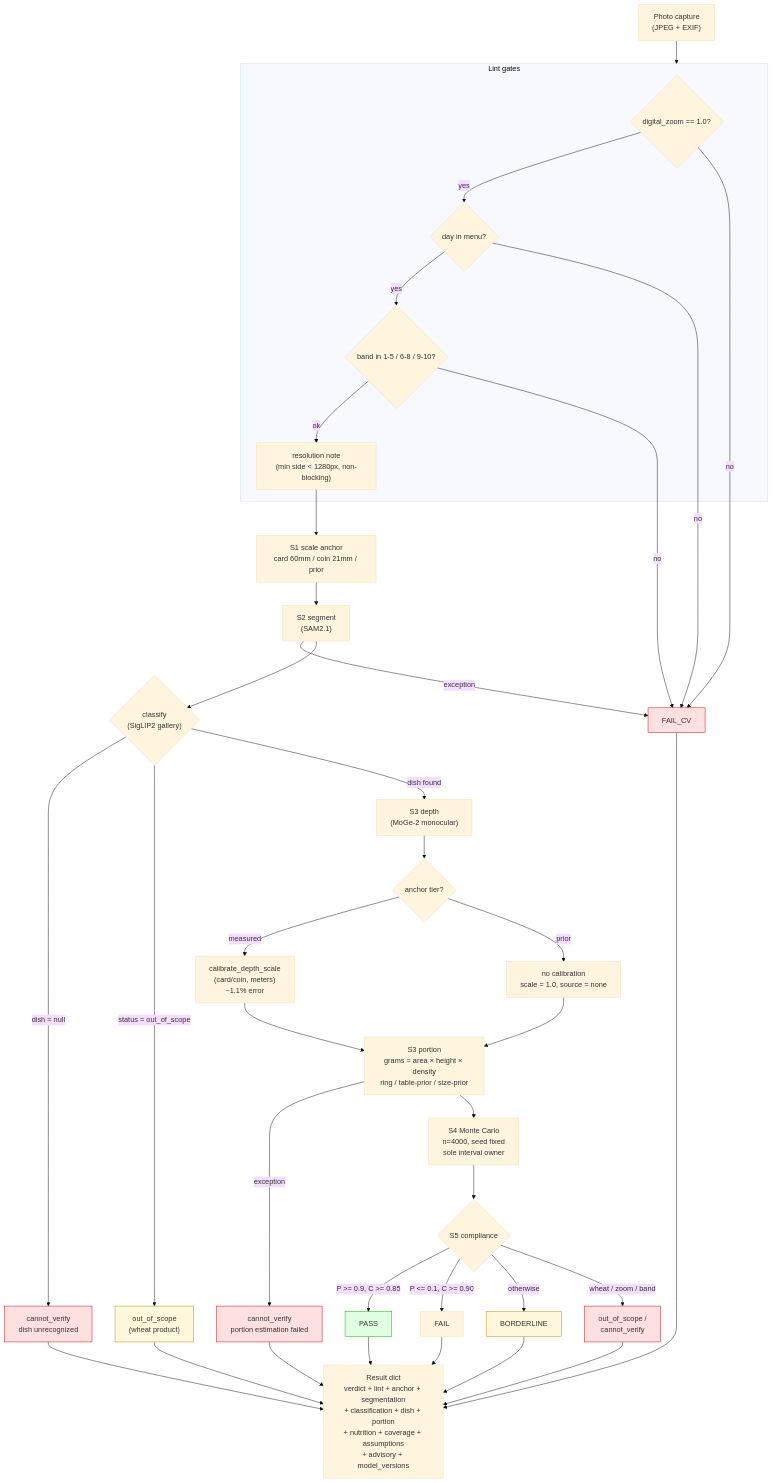
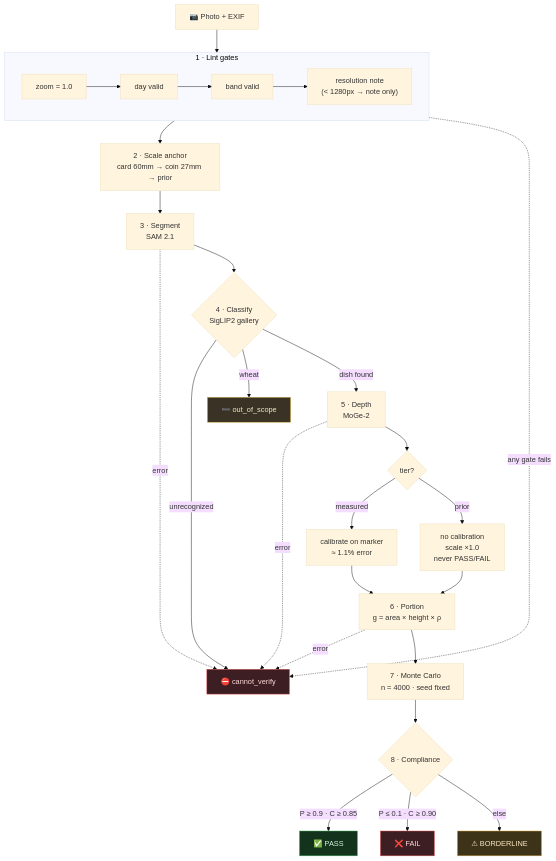
The diagram in docs/pipeline-test-report.md (Lion4467cat/NutriSense), drawn with Mermaid (base theme) before and after one commit. The commit also changed 1 other file, not shown here.

Commit message:
Redesign pipeline flowchart for readability and theme-safe contrast

````diff
--- a/docs/pipeline-test-report.md
+++ b/docs/pipeline-test-report.md
@@ -67,61 +67,44 @@
 ```mermaid
 flowchart TD
-    IMG["Photo capture<br/>(JPEG + EXIF)"] --> LINT
+    IMG["📷 Photo + EXIF"] --> L1
 
-    subgraph LINT["Lint gates"]
-        L1{"digital_zoom == 1.0?"}
-        L2{"day in menu?"}
-        L3{"band in 1-5 / 6-8 / 9-10?"}
-        L4["resolution note<br/>(min side < 1280px, non-blocking)"]
-        L1 -->|yes| L2
-        L2 -->|yes| L3
-        L3 -->|ok| L4
+    subgraph LINT["1 · Lint gates"]
+        direction LR
+        L1["zoom = 1.0"] --> L2["day valid"] --> L3["band valid"] --> L4["resolution note<br/>(< 1280px → note only)"]
     end
 
-    L1 -->|"no"| FAIL_CV
-    L2 -->|"no"| FAIL_CV
-    L3 -->|no| FAIL_CV
+    LINT -.->|"any gate fails"| CV["⛔ cannot_verify"]
+    L4 --> A["2 · Scale anchor<br/>card 60mm → coin 27mm → prior"]
 
-    L4 --> ANCHOR["S1 scale anchor<br/>card 60mm / coin 21mm / prior"]
-    ANCHOR --> SEG["S2 segment<br/>(SAM2.1)"]
+    A --> SEG["3 · Segment<br/>SAM 2.1"]
+    SEG -.->|error| CV
+    SEG --> CLS{"4 · Classify<br/>SigLIP2 gallery"}
 
-    SEG -->|"exception"| FAIL_CV
-    SEG --> CLS{"classify<br/>(SigLIP2 gallery)"}
+    CLS -->|"unrecognized"| CV
+    CLS -->|wheat| OOS["➖ out_of_scope"]
+    CLS -->|"dish found"| DEPTH["5 · Depth<br/>MoGe-2"]
 
-    CLS -->|"dish = null"| FAIL_CV2["cannot_verify<br/>dish unrecognized"]
-    CLS -->|"status = out_of_scope"| OOS["out_of_scope<br/>(wheat product)"]
-    CLS -->|"dish found"| DEPTH["S3 depth<br/>(MoGe-2 monocular)"]
+    DEPTH -.->|error| CV
+    DEPTH --> TIER{"tier?"}
+    TIER -->|measured| CAL["calibrate on marker<br/>≈ 1.1% error"]
+    TIER -->|prior| SKIP["no calibration<br/>scale ×1.0<br/>never PASS/FAIL"]
+    CAL --> PORT["6 · Portion<br/>g = area × height × ρ"]
+    SKIP --> PORT
+    PORT -.->|error| CV
+    PORT --> MC["7 · Monte Carlo<br/>n = 4000 · seed fixed"]
 
-    DEPTH --> TIER{"anchor tier?"}
-    TIER -->|measured| CAL["calibrate_depth_scale<br/>(card/coin, meters)<br/>~1.1% error"]
-    TIER -->|prior| NOCAL["no calibration<br/>scale = 1.0, source = none"]
-    CAL --> PORTION
-    NOCAL --> PORTION["S3 portion<br/>grams = area × height × density<br/>ring / table-prior / size-prior"]
+    MC --> VER{"8 · Compliance"}
+    VER -->|"P ≥ 0.9 · C ≥ 0.85"| PASS["✅ PASS"]
+    VER -->|"P ≤ 0.1 · C ≥ 0.90"| FAIL["❌ FAIL"]
+    VER -->|else| BORD["⚠ BORDERLINE"]
 
-    PORTION -->|"exception"| FAIL_CV3["cannot_verify<br/>portion estimation failed"]
-    PORTION --> MC["S4 Monte Carlo<br/>n=4000, seed fixed<br/>sole interval owner"]
-
-    MC --> VER{"S5 compliance"}
-    VER -->|"P >= 0.9, C >= 0.85"| PASS["PASS"]
-    VER -->|"P <= 0.1, C >= 0.90"| FAILV["FAIL"]
-    VER -->|"otherwise"| BORD["BORDERLINE"]
-    VER -->|"wheat / zoom / band"| SC["out_of_scope /<br/>cannot_verify"]
-
-    PASS --> RESULT
-    FAILV --> RESULT
-    BORD --> RESULT
-    SC --> RESULT
-    FAIL_CV --> RESULT
-    FAIL_CV2 --> RESULT
-    FAIL_CV3 --> RESULT
-    OOS --> RESULT
-
-    RESULT["Result dict<br/>verdict + lint + anchor + segmentation<br/>+ classification + dish + portion<br/>+ nutrition + coverage + assumptions<br/>+ advisory + model_versions"]
-
-    classDef gate fill:#ffe0e0,stroke:#c00
-    classDef ok fill:#e0ffe0,stroke:#0a0
-    classDef warn fill:#fff8dc,stroke:#b80
-    class FAIL_CV,FAIL_CV2,FAIL_CV3,SC gate
+    classDef err fill:#3d1f23,stroke:#e05252,color:#ffd9d9
+    classDef oos fill:#3a3325,stroke:#c9a227,color:#f5e9c8
+    classDef ok fill:#14331c,stroke:#3fae62,color:#d4f5df
+    classDef warn fill:#3d3319,stroke:#d9a13a,color:#fae9c4
+    class CV err
+    class OOS oos
     class PASS ok
-    class BORD,OOS warn
+    class FAIL err
+    class BORD warn
 ```
````
